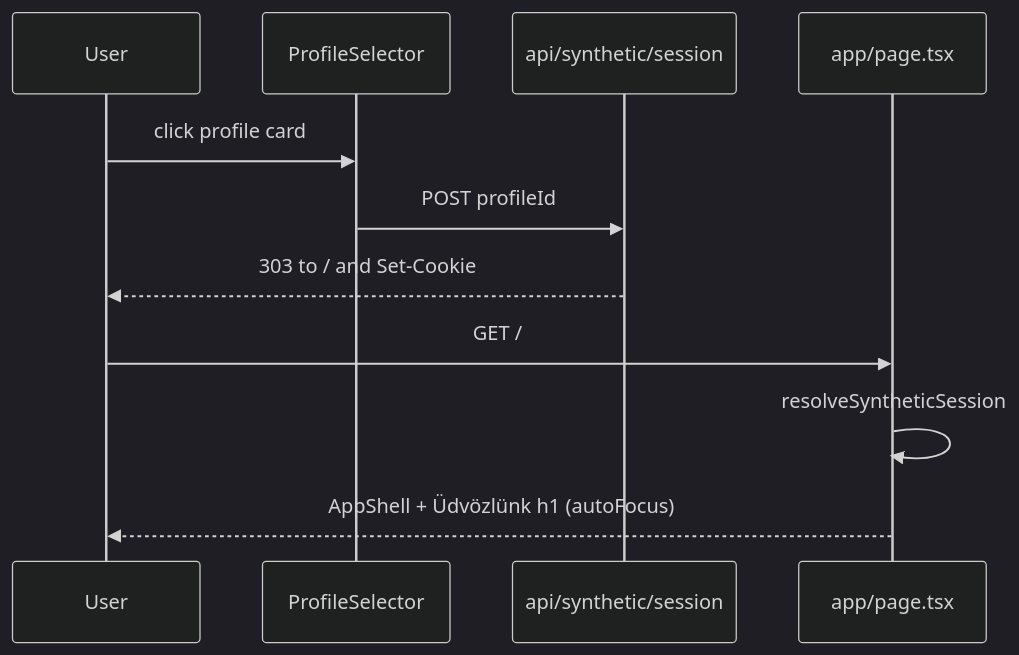
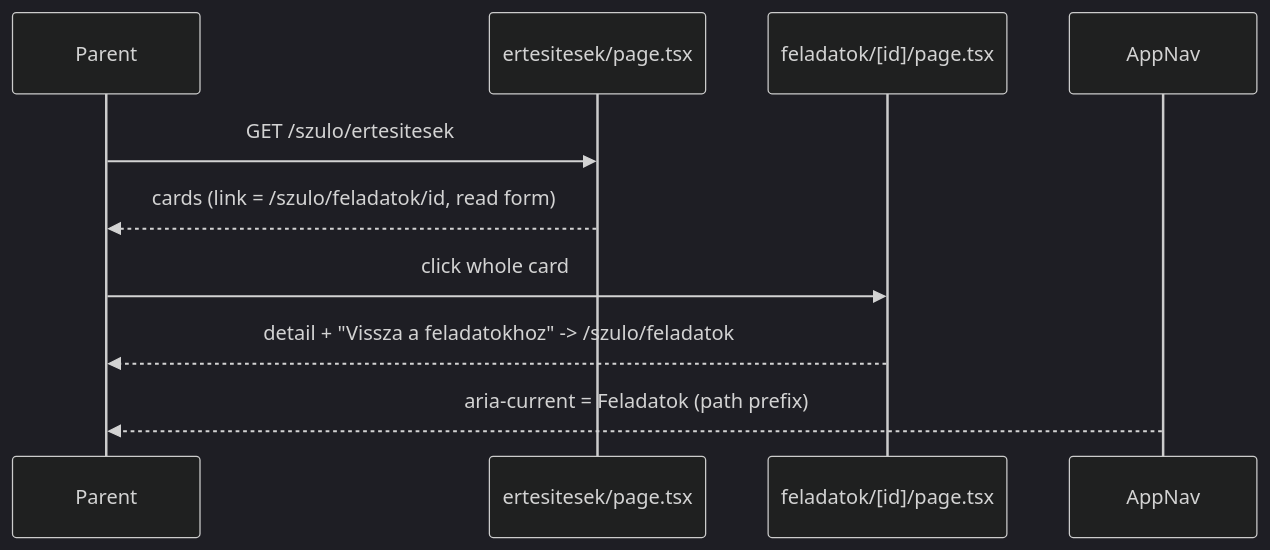
The second of 5 diagrams in aidlc/spaces/default/codekb/waldorf-community-task-manager/architecture.md (bbotond83/waldorf-community-task-manager), drawn with Mermaid (dark theme) before and after one commit. The commit also changed other lines of this file and 89 other files, not shown here.

````diff
--- a/aidlc/spaces/default/codekb/waldorf-community-task-manager/architecture.md
+++ b/aidlc/spaces/default/codekb/waldorf-community-task-manager/architecture.md
@@ -55,13 +61,12 @@
 ```mermaid
 sequenceDiagram
-  participant U as User
-  participant PS as ProfileSelector
-  participant API as api/synthetic/session
-  participant H as app/page.tsx
-  U->>PS: click profile card
-  PS->>API: POST profileId
-  API-->>U: 303 to / and Set-Cookie
-  U->>H: GET /
-  H->>H: resolveSyntheticSession
-  H-->>U: AppShell + Üdvözlünk h1 (autoFocus)
+  participant U as Parent
+  participant N as ertesitesek/page.tsx
+  participant D as feladatok/[id]/page.tsx
+  participant Nav as AppNav
+  U->>N: GET /szulo/ertesitesek
+  N-->>U: cards (link = /szulo/feladatok/id, read form)
+  U->>D: click whole card
+  D-->>U: detail + "Vissza a feladatokhoz" -> /szulo/feladatok
+  Nav-->>U: aria-current = Feladatok (path prefix)
 ```
````
